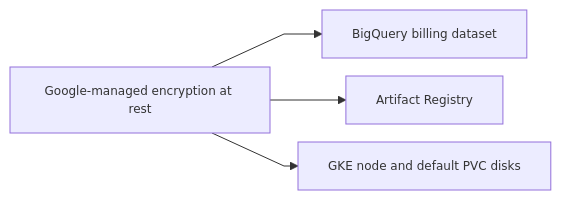
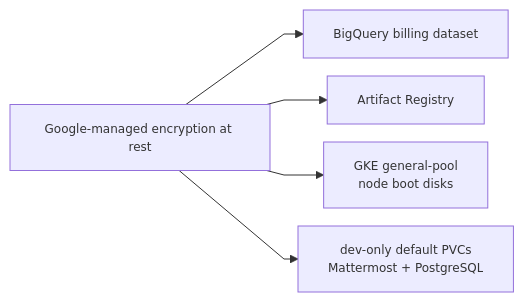
One commit to pilprod/yourown-chat changed the sixth of 10 diagrams in README.md. Above: the diagram before and after it, drawn with Mermaid. The commit also changed other lines of this file, not shown here.

Commit message:
docs: distinguish node and dev volume encryption

````diff
--- a/README.md
+++ b/README.md
@@ -706,7 +706,8 @@
 ```mermaid
 %%{init: {"flowchart": {"nodeSpacing": 18, "rankSpacing": 28, "curve": "linear"}, "themeVariables": {"fontSize": "12px"}}}%%
 flowchart LR
   GM["Google-managed encryption at rest"] --> BQ["BigQuery billing dataset"]
   GM --> AR["Artifact Registry"]
-  GM --> ND["GKE node and default PVC disks"]
+  GM --> ND["GKE general-pool<br/>node boot disks"]
+  GM --> DP["dev-only default PVCs<br/>Mattermost + PostgreSQL"]
 ```
````
